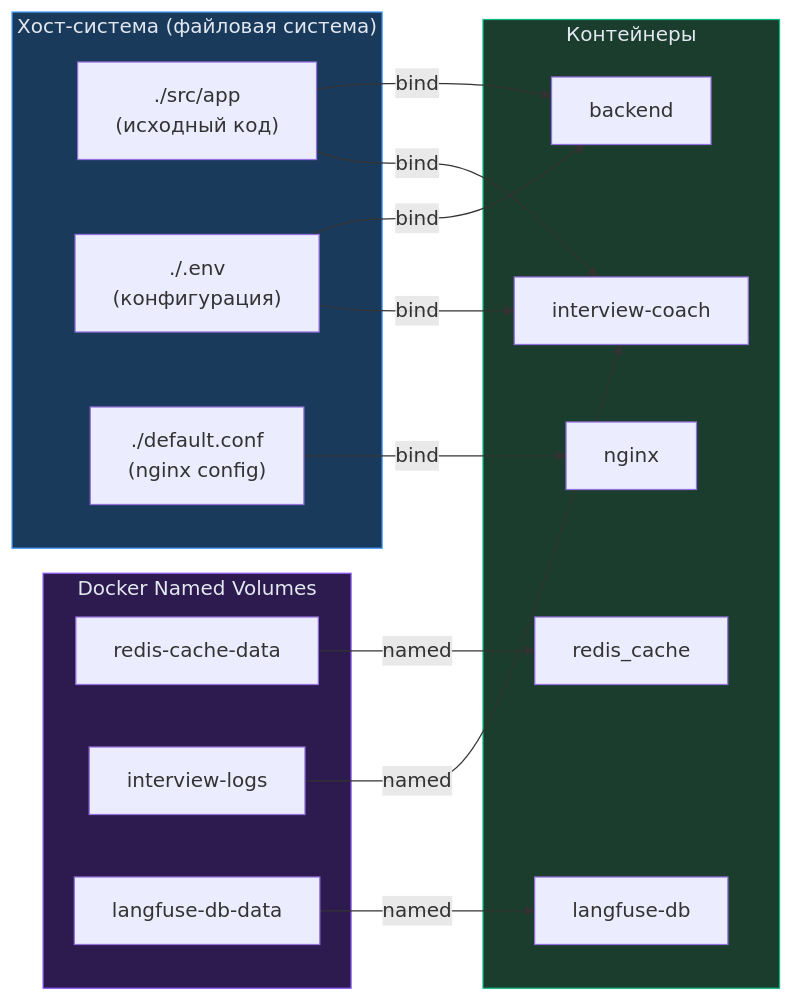
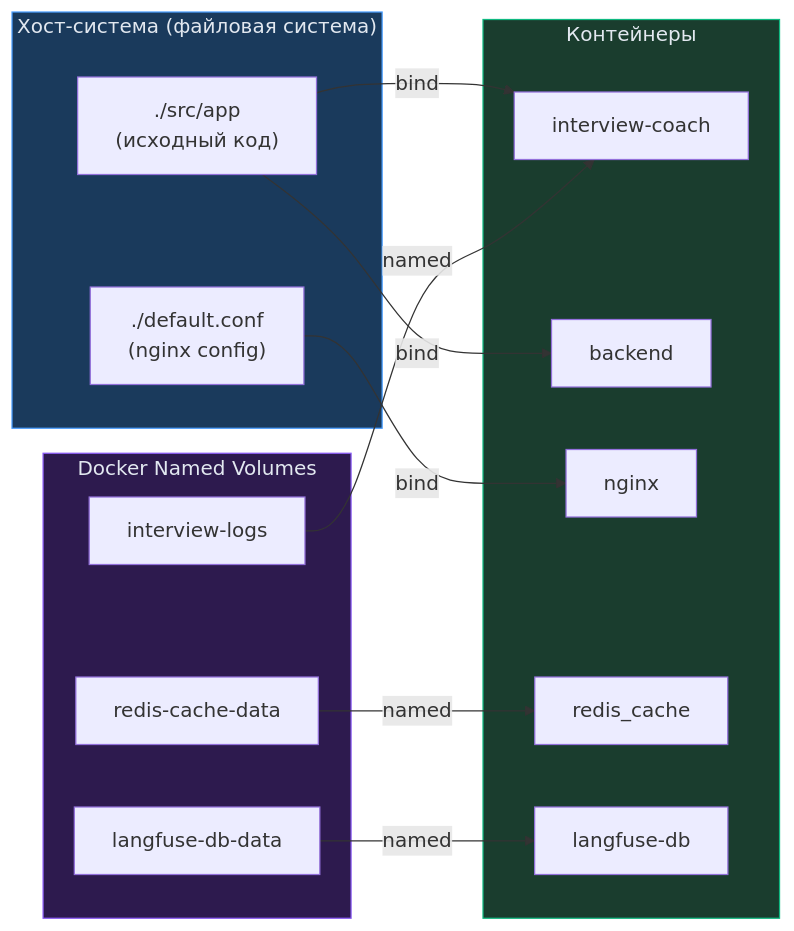
Before and after one commit to RomiconEZ/Multi-Agent-Interview-Coach: the third of 5 diagrams in docs/diagrams/deployment.md, drawn with Mermaid. The commit also changed other lines of this file and 7 other files, not shown here.

````diff
--- a/docs/diagrams/deployment.md
+++ b/docs/diagrams/deployment.md
@@ -125,36 +127,33 @@
 ```mermaid
 flowchart LR
     subgraph HOST["Хост-система (файловая система)"]
         SRC["./src/app<br/>(исходный код)"]
-        ENV["./.env<br/>(конфигурация)"]
         NGCONF["./default.conf<br/>(nginx config)"]
     end
 
     subgraph NAMED_VOLUMES["Docker Named Volumes"]
         V_REDIS["redis-cache-data"]
         V_LOGS["interview-logs"]
         V_PG["langfuse-db-data"]
     end
 
     subgraph CONTAINERS["Контейнеры"]
         C_GRADIO["interview-coach"]
         C_BACKEND["backend"]
         C_NGINX["nginx"]
         C_REDIS["redis_cache"]
         C_PGDB["langfuse-db"]
     end
 
     SRC -->|bind| C_GRADIO
     SRC -->|bind| C_BACKEND
-    ENV -->|bind| C_GRADIO
-    ENV -->|bind| C_BACKEND
     NGCONF -->|bind| C_NGINX
 
     V_LOGS -->|named| C_GRADIO
     V_REDIS -->|named| C_REDIS
     V_PG -->|named| C_PGDB
 
     style HOST fill:#1a3a5c,stroke:#4a9eff,color:#e2e8f0
     style NAMED_VOLUMES fill:#2d1a4e,stroke:#8b5cf6,color:#e2e8f0
     style CONTAINERS fill:#1a3d2e,stroke:#10b981,color:#e2e8f0
 ```
````
